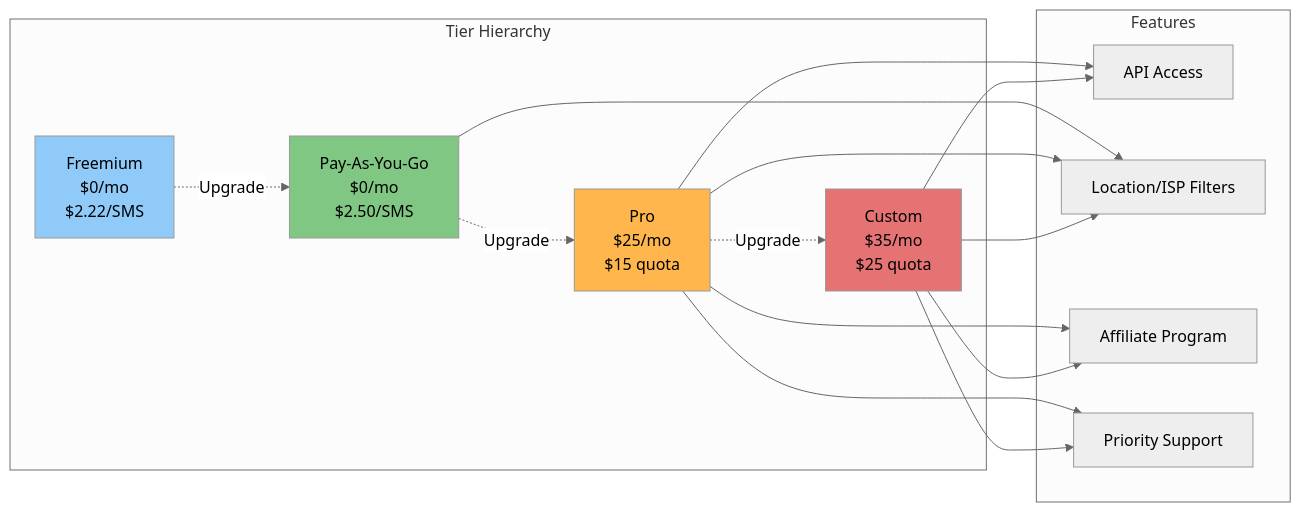
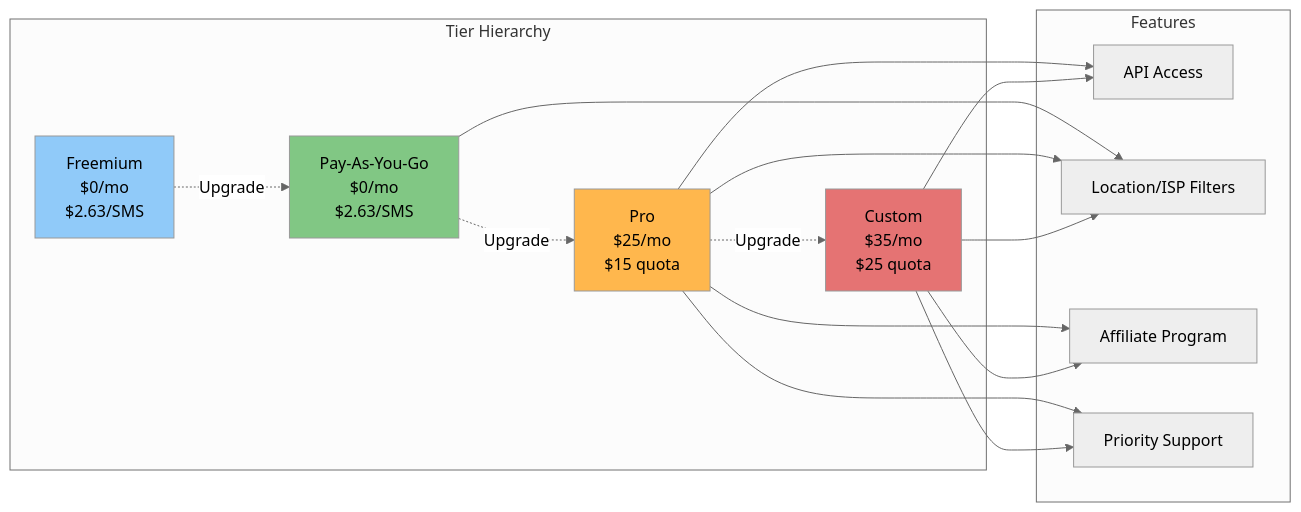
One commit to Infradevandops/NAMASKAHsms changed the fifth of 7 diagrams in README.md. Above: the diagram before and after it, drawn with Mermaid (neutral theme). The commit also changed 3 other files, not shown here.

````diff
--- a/README.md
+++ b/README.md
@@ -240,38 +240,38 @@
 ```mermaid
 graph LR
     subgraph "Tier Hierarchy"
-        FREEMIUM[Freemium<br/>$0/mo<br/>$2.22/SMS]
-        PAYG[Pay-As-You-Go<br/>$0/mo<br/>$2.50/SMS]
+        FREEMIUM[Freemium<br/>$0/mo<br/>$2.63/SMS]
+        PAYG[Pay-As-You-Go<br/>$0/mo<br/>$2.63/SMS]
         PRO[Pro<br/>$25/mo<br/>$15 quota]
         CUSTOM[Custom<br/>$35/mo<br/>$25 quota]
     end
 
     subgraph "Features"
         API[API Access]
         FILTERS[Location/ISP Filters]
         AFFILIATE[Affiliate Program]
         SUPPORT[Priority Support]
     end
 
     FREEMIUM -.->|Upgrade| PAYG
     PAYG -.->|Upgrade| PRO
     PRO -.->|Upgrade| CUSTOM
 
     PRO --> API
     CUSTOM --> API
 
     PAYG --> FILTERS
     PRO --> FILTERS
     CUSTOM --> FILTERS
 
     PRO --> AFFILIATE
     CUSTOM --> AFFILIATE
 
     PRO --> SUPPORT
     CUSTOM --> SUPPORT
 
     style FREEMIUM fill:#90CAF9
     style PAYG fill:#81C784
     style PRO fill:#FFB74D
     style CUSTOM fill:#E57373
 ```
````
